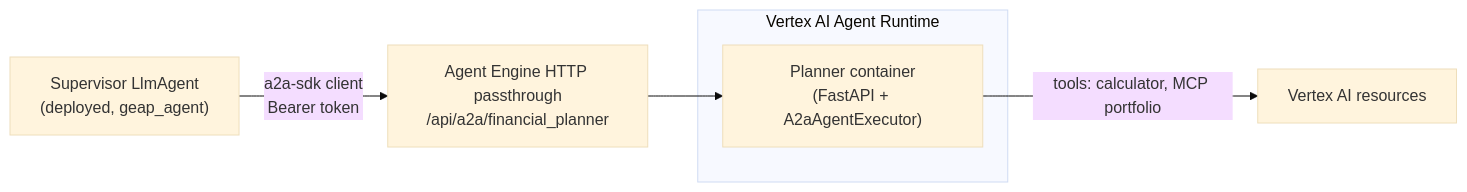
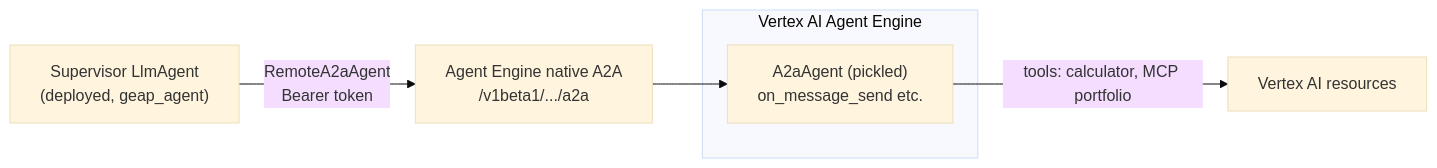
One commit to akashh94/akapal-geap-financial-planner changed the fifth of 9 diagrams in docs/A2A_ARCHITECTURE.md. Above: the diagram before and after it, drawn with Mermaid (base theme). The commit also changed other lines of this file and 11 other files, not shown here.

First line of the commit message:
Migrate financial planner to Cloud Run (Model A) and fix planner behavior

````diff
--- a/docs/A2A_ARCHITECTURE.md
+++ b/docs/A2A_ARCHITECTURE.md
@@ -136,9 +132,9 @@
 ```mermaid
 flowchart LR
-    subgraph AgentEngine["Vertex AI Agent Runtime"]
-        PlanAgent["Planner container<br/>(FastAPI + A2aAgentExecutor)"]
+    subgraph AgentEngine["Vertex AI Agent Engine"]
+        PlanAgent["A2aAgent (pickled)<br/>on_message_send etc."]
     end
-    Sup["Supervisor LlmAgent<br/>(deployed, geap_agent)"] -->|"a2a-sdk client<br/>Bearer token"| PT["Agent Engine HTTP passthrough<br/>/api/a2a/financial_planner"]
+    Sup["Supervisor LlmAgent<br/>(deployed, geap_agent)"] -->|"RemoteA2aAgent<br/>Bearer token"| PT["Agent Engine native A2A<br/>/v1beta1/.../a2a"]
     PT --> PlanAgent
     PlanAgent -->|"tools: calculator, MCP portfolio"| Tools["Vertex AI resources"]
 ```
````
